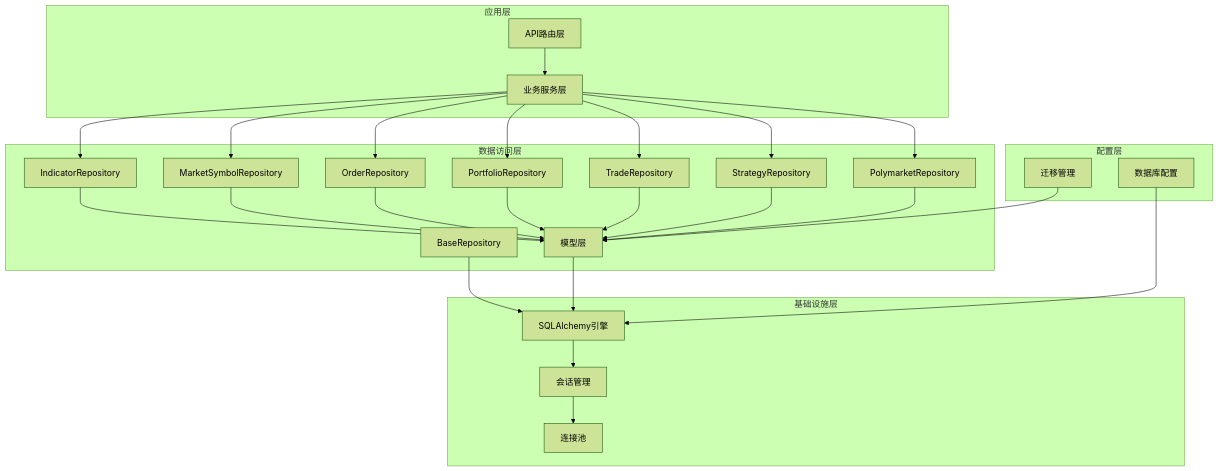
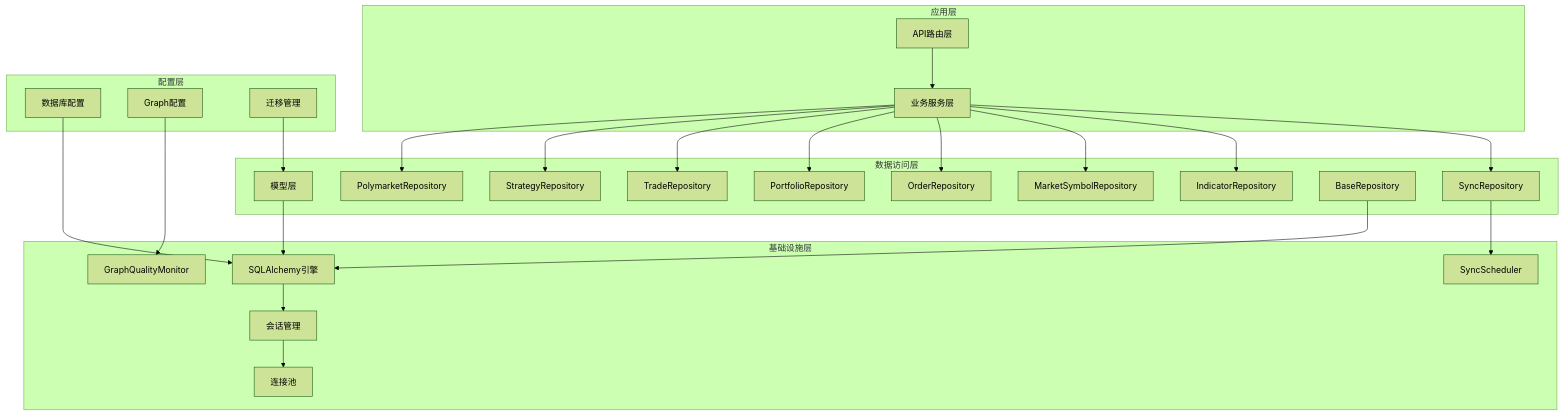
The first of 18 diagrams in .qoder/repowiki/zh/content/核心功能模块/数据库现代化与ORM架构.md (joezxh/QuantDinger), drawn with Mermaid (forest theme) before and after one commit. The commit also changed other lines of this file and 71 other files, not shown here.

````diff
--- a/.qoder/repowiki/zh/content/核心功能模块/数据库现代化与ORM架构.md
+++ b/.qoder/repowiki/zh/content/核心功能模块/数据库现代化与ORM架构.md
@@ -62,48 +63,48 @@
 ```mermaid
 graph TB
 subgraph "应用层"
 API[API路由层]
 Services[业务服务层]
 end
 subgraph "数据访问层"
+SyncRepo[SyncRepository]
 IndicatorRepo[IndicatorRepository]
 MarketRepo[MarketSymbolRepository]
 OrderRepo[OrderRepository]
 PortfolioRepo[PortfolioRepository]
 TradeRepo[TradeRepository]
 StrategyRepo[StrategyRepository]
 PolymarketRepo[PolymarketRepository]
 BaseRepo[BaseRepository]
 Models[模型层]
 end
 subgraph "基础设施层"
 Engine[SQLAlchemy引擎]
 Session[会话管理]
 Pool[连接池]
+Scheduler[SyncScheduler]
+QualityMonitor[GraphQualityMonitor]
 end
 subgraph "配置层"
 Config[数据库配置]
+GraphConfig[Graph配置]
 Migrations[迁移管理]
 end
 API --> Services
+Services --> SyncRepo
 Services --> IndicatorRepo
 Services --> MarketRepo
 Services --> OrderRepo
 Services --> PortfolioRepo
 Services --> TradeRepo
 Services --> StrategyRepo
 Services --> PolymarketRepo
-IndicatorRepo --> Models
-MarketRepo --> Models
-OrderRepo --> Models
-PortfolioRepo --> Models
-TradeRepo --> Models
-StrategyRepo --> Models
-PolymarketRepo --> Models
+SyncRepo --> Scheduler
 BaseRepo --> Engine
 Models --> Engine
 Engine --> Session
 Session --> Pool
 Config --> Engine
+GraphConfig --> QualityMonitor
 Migrations --> Models
 ```
````
